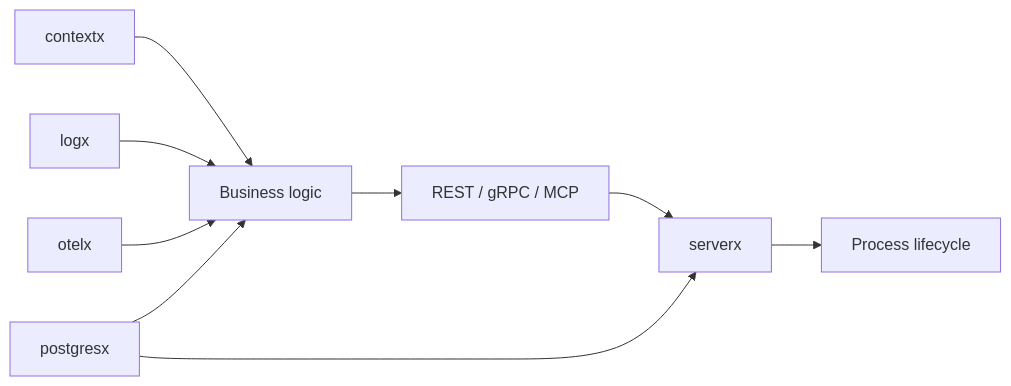
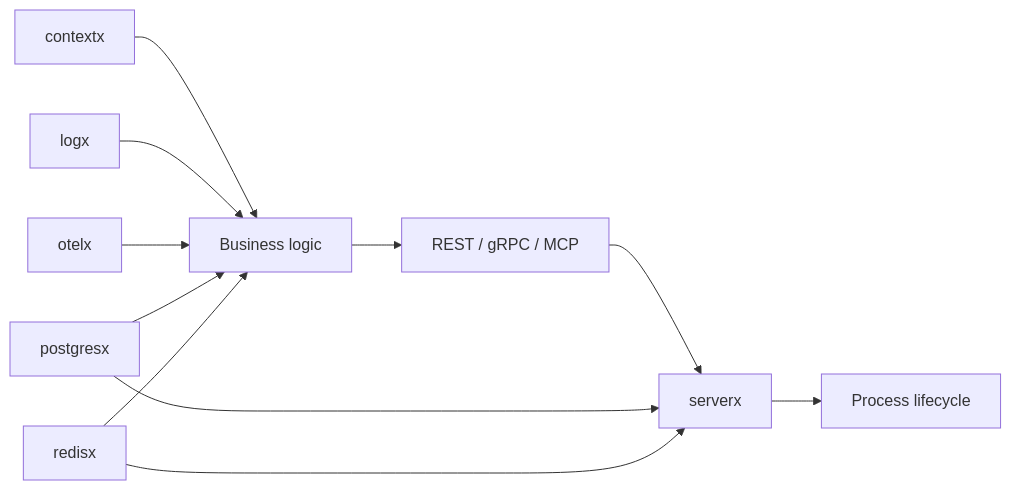
The second of 2 diagrams in README.md (LeeTun2k2/go-bedrock), drawn with Mermaid before and after one commit. The commit also changed other lines of this file and 6 other files, not shown here.

````diff
--- a/README.md
+++ b/README.md
@@ -62,12 +64,14 @@
 ```mermaid
 flowchart LR
     A[Business logic] --> B[REST / gRPC / MCP]
     B --> C[serverx]
     C --> D[Process lifecycle]
 
     E[contextx] --> A
     F[logx] --> A
     G[otelx] --> A
     H[postgresx] --> A
     H --> C
+    I[redisx] --> A
+    I --> C
 ```
````
